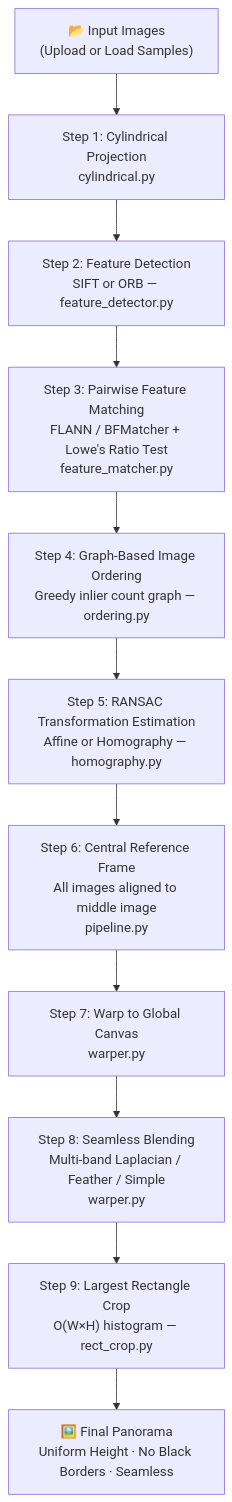
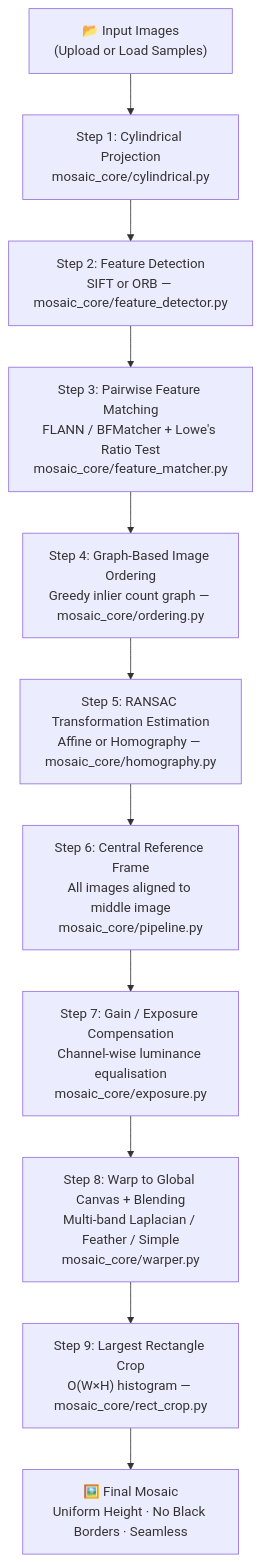
The diagram in app_explanation.md (Kunalsonkar07/Panorama-Reconstruction-System), drawn with Mermaid before and after one commit. The commit also changed other lines of this file and 2 other files, not shown here.

Commit message:
docs: update documentation, readme, and app explanation for synth-mosaic pro aura-cv suite

````diff
--- a/app_explanation.md
+++ b/app_explanation.md
@@ -18,13 +19,13 @@
 ```mermaid
 flowchart TD
-    A["📂 Input Images\n(Upload or Load Samples)"] --> B["Step 1: Cylindrical Projection\ncylindrical.py"]
-    B --> C["Step 2: Feature Detection\nSIFT or ORB — feature_detector.py"]
-    C --> D["Step 3: Pairwise Feature Matching\nFLANN / BFMatcher + Lowe's Ratio Test\nfeature_matcher.py"]
-    D --> E["Step 4: Graph-Based Image Ordering\nGreedy inlier count graph — ordering.py"]
-    E --> F["Step 5: RANSAC Transformation Estimation\nAffine or Homography — homography.py"]
-    F --> G["Step 6: Central Reference Frame\nAll images aligned to middle image\npipeline.py"]
-    G --> H["Step 7: Warp to Global Canvas\nwarper.py"]
-    H --> I["Step 8: Seamless Blending\nMulti-band Laplacian / Feather / Simple\nwarper.py"]
-    I --> J["Step 9: Largest Rectangle Crop\nO(W×H) histogram — rect_crop.py"]
-    J --> K["🖼️ Final Panorama\nUniform Height · No Black Borders · Seamless"]
+    A["📂 Input Images\n(Upload or Load Samples)"] --> B["Step 1: Cylindrical Projection\nmosaic_core/cylindrical.py"]
+    B --> C["Step 2: Feature Detection\nSIFT or ORB — mosaic_core/feature_detector.py"]
+    C --> D["Step 3: Pairwise Feature Matching\nFLANN / BFMatcher + Lowe's Ratio Test\nmosaic_core/feature_matcher.py"]
+    D --> E["Step 4: Graph-Based Image Ordering\nGreedy inlier count graph — mosaic_core/ordering.py"]
+    E --> F["Step 5: RANSAC Transformation Estimation\nAffine or Homography — mosaic_core/homography.py"]
+    F --> G["Step 6: Central Reference Frame\nAll images aligned to middle image\nmosaic_core/pipeline.py"]
+    G --> H["Step 7: Gain / Exposure Compensation\nChannel-wise luminance equalisation\nmosaic_core/exposure.py"]
+    H --> I["Step 8: Warp to Global Canvas + Blending\nMulti-band Laplacian / Feather / Simple\nmosaic_core/warper.py"]
+    I --> J["Step 9: Largest Rectangle Crop\nO(W×H) histogram — mosaic_core/rect_crop.py"]
+    J --> K["🖼️ Final Mosaic\nUniform Height · No Black Borders · Seamless"]
 ```
````
